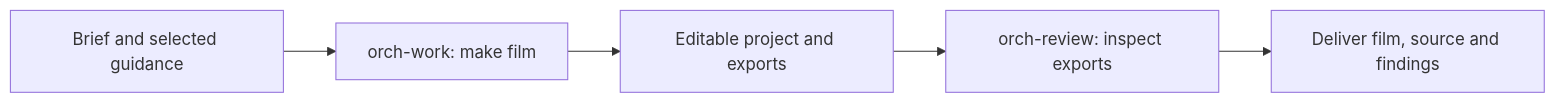
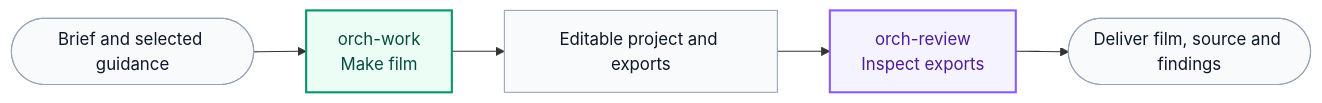
Before and after one commit to DanMcInerney/orchflows: the fifth of 7 diagrams in README.md, drawn with Mermaid. The commit also changed other lines of this file, not shown here.

Commit message:
Match example workflow diagrams to the Usage style

````diff
--- a/README.md
+++ b/README.md
@@ -197,7 +197,13 @@
 ```mermaid
 flowchart LR
-    B[Brief and selected guidance] --> M["orch-work: make film"]
+    B([Brief and selected guidance]) --> M["orch-work<br/>Make film"]
     M --> E[Editable project and exports]
-    E --> R["orch-review: inspect exports"]
-    R --> D[Deliver film, source and findings]
+    E --> R["orch-review<br/>Inspect exports"]
+    R --> D([Deliver film, source and findings])
+    classDef work fill:#ecfdf5,stroke:#059669,color:#064e3b,stroke-width:2px;
+    classDef review fill:#f5f3ff,stroke:#8b5cf6,color:#4c1d95,stroke-width:2px;
+    classDef result fill:#f8fafc,stroke:#94a3b8,color:#0f172a;
+    class M work;
+    class R review;
+    class B,E,D result;
 ```
````
